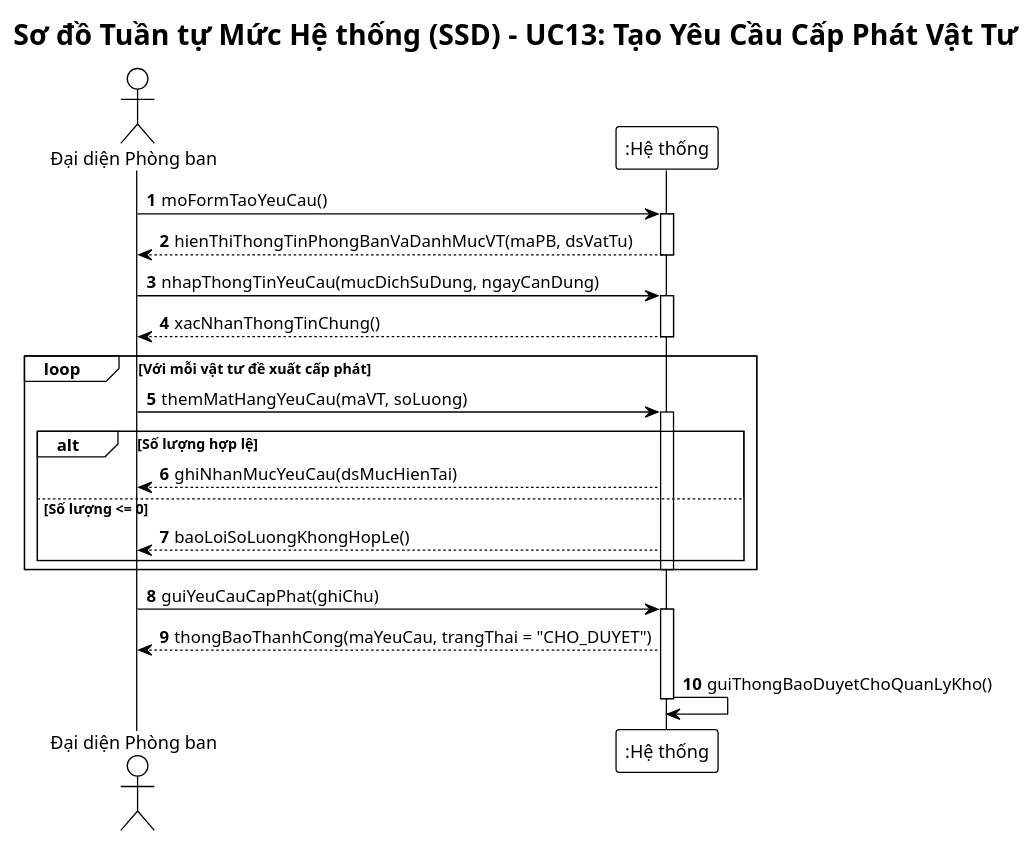
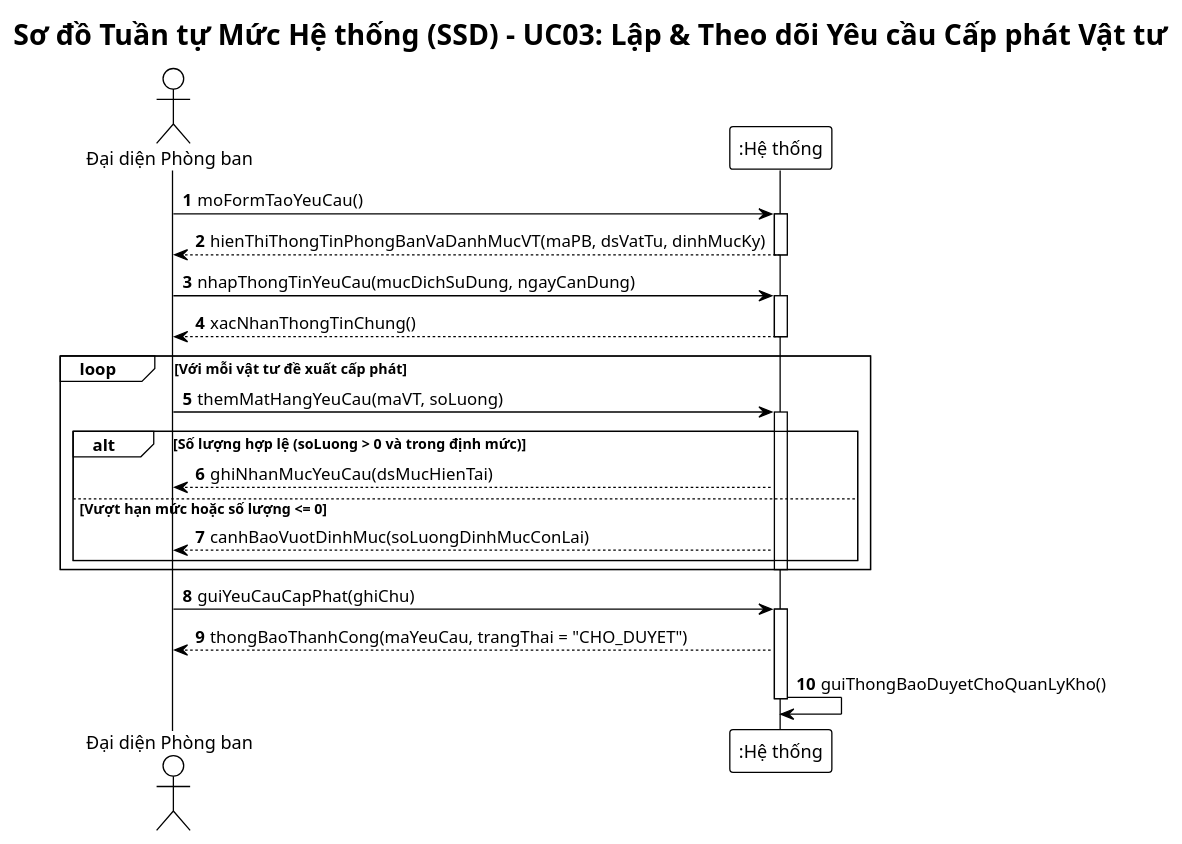
Before and after one commit to vuhoabinh2416137/G8_Quanlysanphamvakhohang: the third of 7 diagrams in BTL-QuanLyKhoHang/plantuml/ssd.puml, drawn with PlantUML. The commit also changed other lines of this file and 26 other files, not shown here.

Commit message:
Chuan hoa 07 Use Case cot loi, cap nhat so do UML va tai lieu phan cong nhiem vu

```diff
--- a/BTL-QuanLyKhoHang/plantuml/ssd.puml
+++ b/BTL-QuanLyKhoHang/plantuml/ssd.puml
@@ -84,38 +58,38 @@
 @startuml ssd-yeu-cau-cap-phat
 !theme plain
 autonumber
 skinparam responseMessageBelowArrow true
 skinparam defaultFontName "Arial"
 
-title Sơ đồ Tuần tự Mức Hệ thống (SSD) - UC13: Tạo Yêu Cầu Cấp Phát Vật Tư
+title Sơ đồ Tuần tự Mức Hệ thống (SSD) - UC03: Lập & Theo dõi Yêu cầu Cấp phát Vật tư
 
 actor "Đại diện Phòng ban" as DSPB
 participant ":Hệ thống" as Sys
 
 DSPB -> Sys: moFormTaoYeuCau()
 activate Sys
-Sys --> DSPB: hienThiThongTinPhongBanVaDanhMucVT(maPB, dsVatTu)
+Sys --> DSPB: hienThiThongTinPhongBanVaDanhMucVT(maPB, dsVatTu, dinhMucKy)
 deactivate Sys
 
 DSPB -> Sys: nhapThongTinYeuCau(mucDichSuDung, ngayCanDung)
 activate Sys
 Sys --> DSPB: xacNhanThongTinChung()
 deactivate Sys
 
 loop Với mỗi vật tư đề xuất cấp phát
     DSPB -> Sys: themMatHangYeuCau(maVT, soLuong)
     activate Sys
-    alt Số lượng hợp lệ
+    alt Số lượng hợp lệ (soLuong > 0 và trong định mức)
         Sys --> DSPB: ghiNhanMucYeuCau(dsMucHienTai)
-    else Số lượng <= 0
-        Sys --> DSPB: baoLoiSoLuongKhongHopLe()
+    else Vượt hạn mức hoặc số lượng <= 0
+        Sys --> DSPB: canhBaoVuotDinhMuc(soLuongDinhMucConLai)
     end
     deactivate Sys
 end
 
 DSPB -> Sys: guiYeuCauCapPhat(ghiChu)
 activate Sys
 Sys --> DSPB: thongBaoThanhCong(maYeuCau, trangThai = "CHO_DUYET")
 Sys -> Sys: guiThongBaoDuyetChoQuanLyKho()
 deactivate Sys
 @enduml
```
